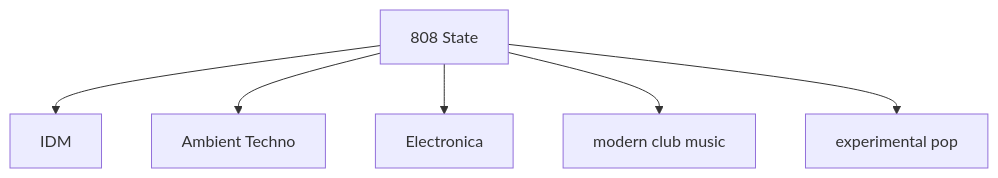
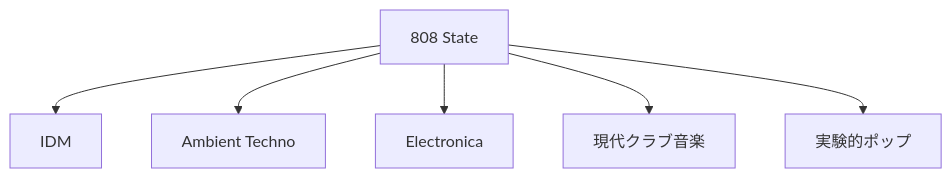
Before and after one commit to monumental-movement/monumental-movement.github.io: diagram 15 of 17 in en/_posts/2026-05-24-column-808-state.md, drawn with Mermaid. The commit also changed other lines of this file and 2196 other files, not shown here.

```diff
--- a/en/_posts/2026-05-24-column-808-state.md
+++ b/en/_posts/2026-05-24-column-808-state.md
@@ -545,8 +544,8 @@
 <div class="mermaid">
 flowchart TD
 A[808 State] --> B[IDM]
 A --> C[Ambient Techno]
 A --> D[Electronica]
-A --> E[modern club music]
-A --> F[experimental pop]
+A --> E[現代クラブ音楽]
+A --> F[実験的ポップ]
 </div>
```
